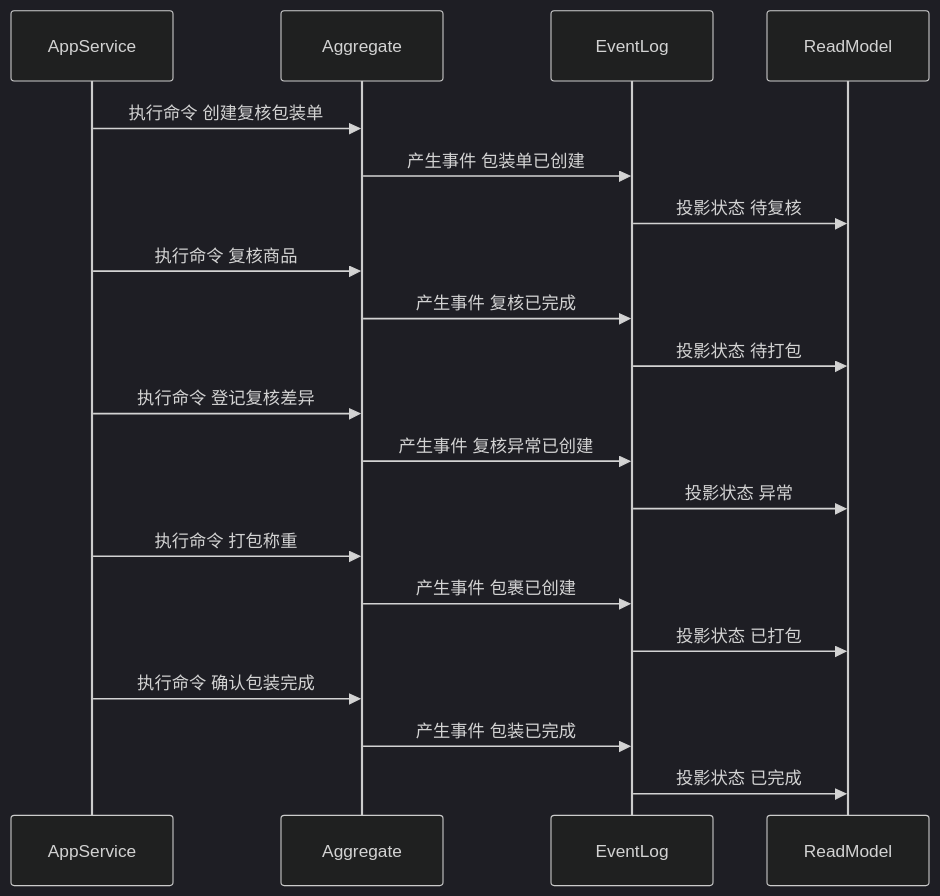
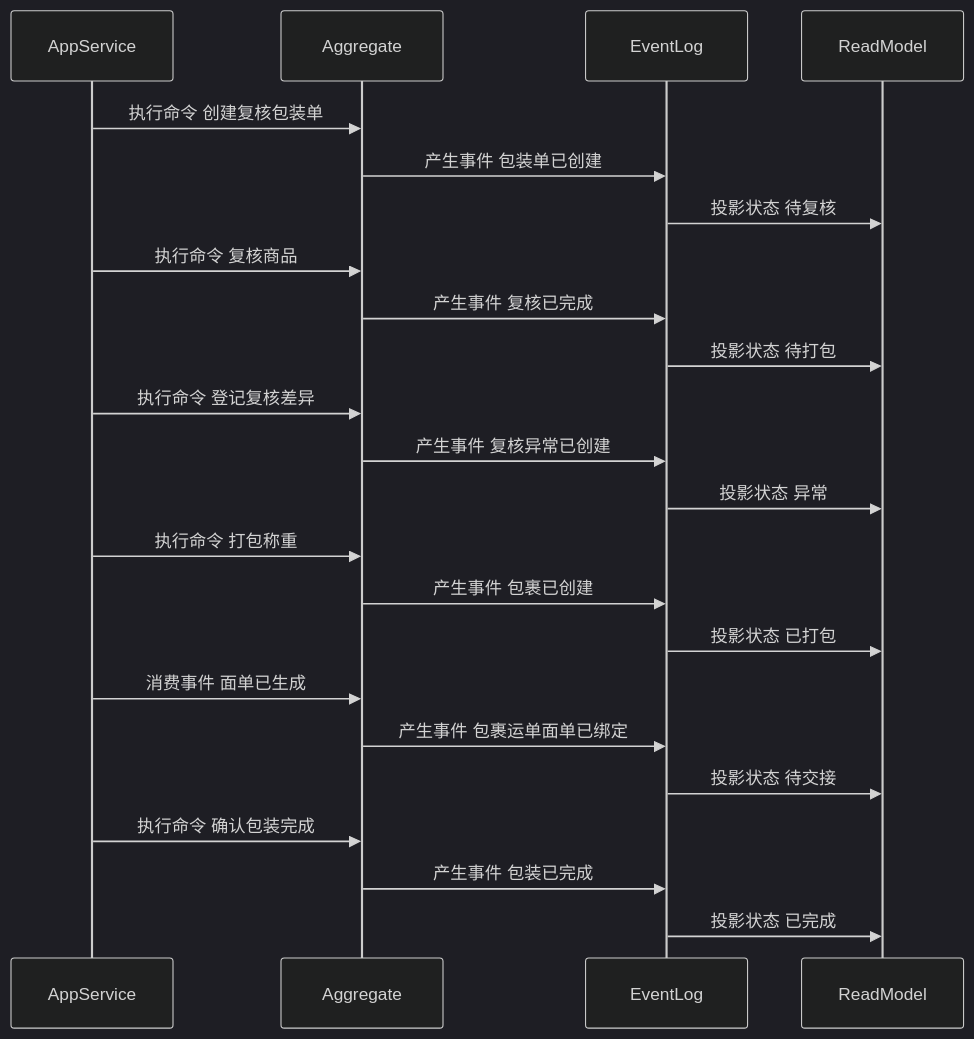
The sixth of 6 diagrams in docs/03-核心业务模型/03-WMS领域模型/11-复核包装单聚合CQRS设计.md (chao1927/scm), drawn with Mermaid (dark theme) before and after one commit. The commit also changed other lines of this file and 118 other files, not shown here.

````diff
--- a/docs/03-核心业务模型/03-WMS领域模型/11-复核包装单聚合CQRS设计.md
+++ b/docs/03-核心业务模型/03-WMS领域模型/11-复核包装单聚合CQRS设计.md
@@ -258,23 +265,26 @@
 ```mermaid
 sequenceDiagram
     participant AppService
     participant Aggregate
     participant EventLog
     participant ReadModel
 
     AppService->>Aggregate: 执行命令 创建复核包装单
     Aggregate->>EventLog: 产生事件 包装单已创建
     EventLog->>ReadModel: 投影状态 待复核
     AppService->>Aggregate: 执行命令 复核商品
     Aggregate->>EventLog: 产生事件 复核已完成
     EventLog->>ReadModel: 投影状态 待打包
     AppService->>Aggregate: 执行命令 登记复核差异
     Aggregate->>EventLog: 产生事件 复核异常已创建
     EventLog->>ReadModel: 投影状态 异常
     AppService->>Aggregate: 执行命令 打包称重
     Aggregate->>EventLog: 产生事件 包裹已创建
     EventLog->>ReadModel: 投影状态 已打包
+    AppService->>Aggregate: 消费事件 面单已生成
+    Aggregate->>EventLog: 产生事件 包裹运单面单已绑定
+    EventLog->>ReadModel: 投影状态 待交接
     AppService->>Aggregate: 执行命令 确认包装完成
     Aggregate->>EventLog: 产生事件 包装已完成
     EventLog->>ReadModel: 投影状态 已完成
 ```
````
